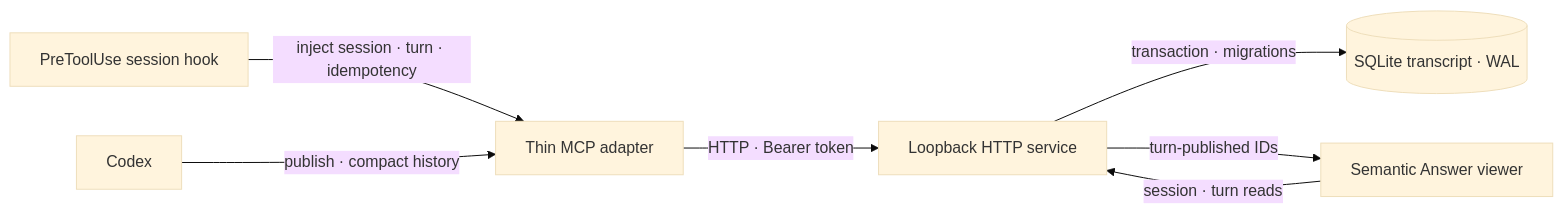
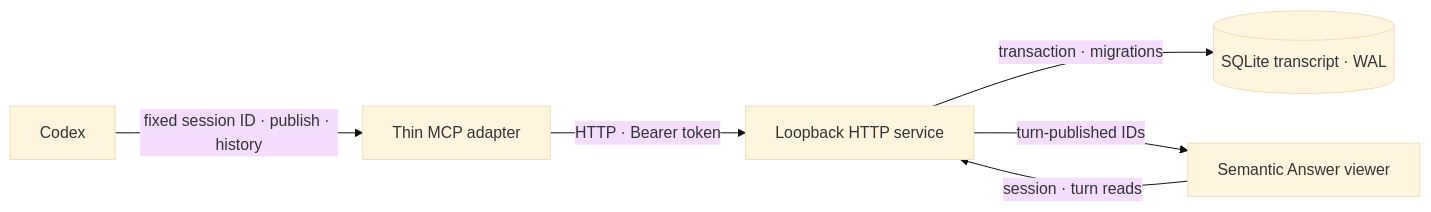
Before and after one commit to RightL/Semantic-Answer-Tree: the diagram in docs/DESIGN.md, drawn with Mermaid (base theme). The commit also changed other lines of this file and 25 other files, not shown here.

Commit message:
feat: replace hook identity with fixed session ids

````diff
--- a/docs/DESIGN.md
+++ b/docs/DESIGN.md
@@ -45,16 +45,14 @@
 ```mermaid
 flowchart LR
   C["Codex"]
-  H["PreToolUse session hook"]
   M["Thin MCP adapter"]
   S["Loopback HTTP service"]
   D[("SQLite transcript · WAL")]
   V["Semantic Answer viewer"]
 
-  H -->|"inject session · turn · idempotency"| M
-  C -->|"publish · compact history"| M
+  C -->|"fixed session ID · publish · history"| M
   M -->|"HTTP · Bearer token"| S
   S -->|"transaction · migrations"| D
   S -->|"turn-published IDs"| V
   V -->|"session · turn reads"| S
 ```
````
